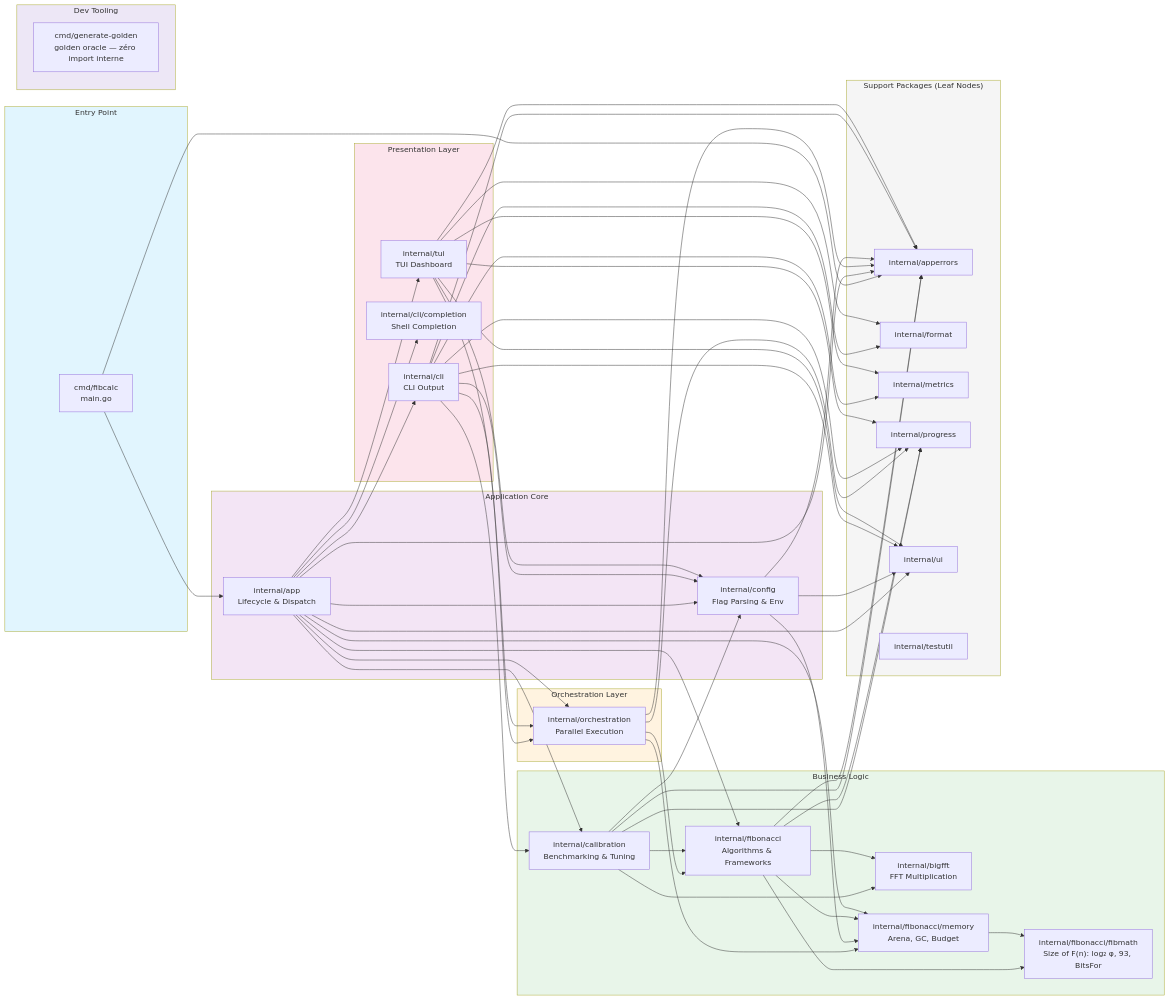
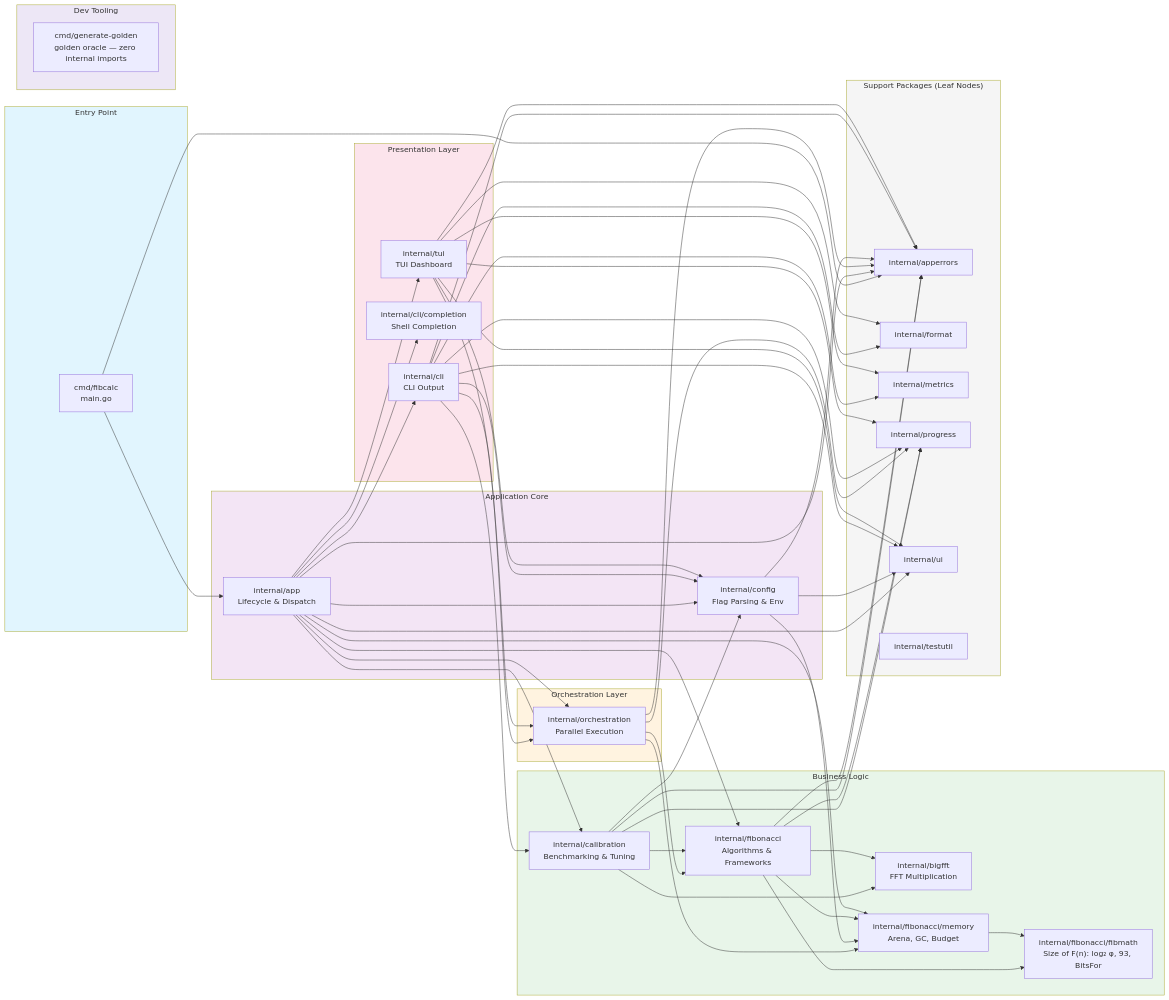
One commit to agbruneau/Fibonacci changed the diagram in docs/architecture/dependency-graph.md. Above: the diagram before and after it, drawn with Mermaid. The commit also changed other lines of this file and 16 other files, not shown here.

```diff
--- a/docs/architecture/dependency-graph.md
+++ b/docs/architecture/dependency-graph.md
@@ -12,7 +12,7 @@
     end
 
     subgraph Tooling["Dev Tooling"]
-        gen["cmd/generate-golden<br/>golden oracle — zéro import interne"]
+        gen["cmd/generate-golden<br/>golden oracle — zero internal imports"]
     end
 
     subgraph Core["Application Core"]
```
